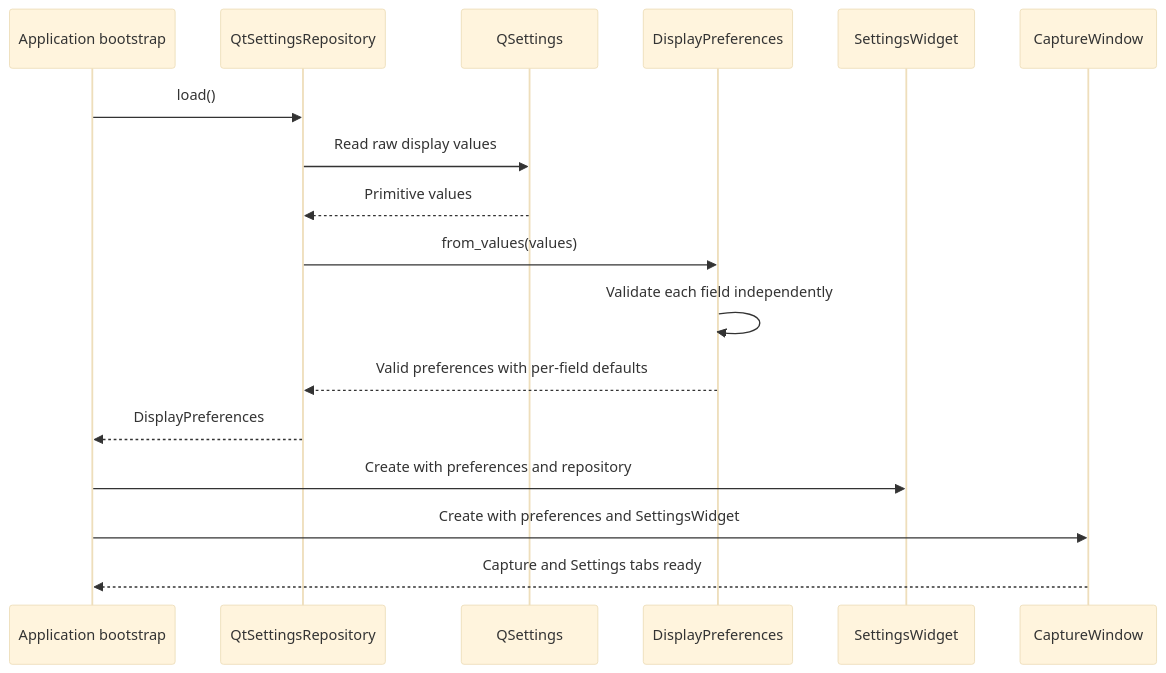
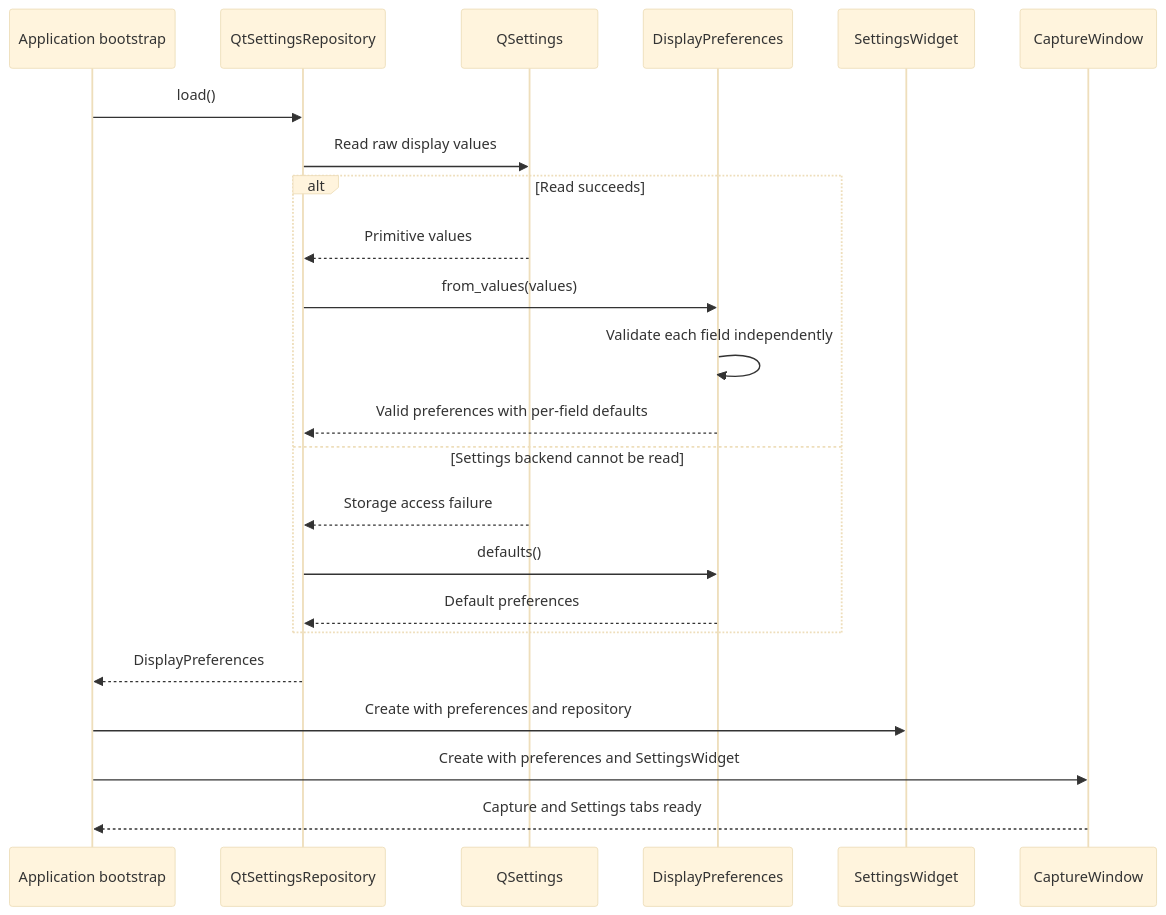
Before and after one commit to benoit-bremaud/can-sniffer: the diagram in docs/architecture/diagrams/display-settings/02b-sequence-load-preferences.md, drawn with Mermaid (base theme). The commit also changed other lines of this file and 2 other files, not shown here.

Commit message:
docs(settings): address PR 28 review feedback
Reverse the SettingsWidget dependency, define storage read recovery, and align validation terminology.

````diff
--- a/docs/architecture/diagrams/display-settings/02b-sequence-load-preferences.md
+++ b/docs/architecture/diagrams/display-settings/02b-sequence-load-preferences.md
@@ -13,20 +13,26 @@
 ```mermaid
 sequenceDiagram
     participant Bootstrap as Application bootstrap
     participant Store as QtSettingsRepository
     participant Settings as QSettings
     participant Preferences as DisplayPreferences
     participant SettingsTab as SettingsWidget
     participant Window as CaptureWindow
 
     Bootstrap->>Store: load()
     Store->>Settings: Read raw display values
-    Settings-->>Store: Primitive values
-    Store->>Preferences: from_values(values)
-    Preferences->>Preferences: Validate each field independently
-    Preferences-->>Store: Valid preferences with per-field defaults
+    alt Read succeeds
+        Settings-->>Store: Primitive values
+        Store->>Preferences: from_values(values)
+        Preferences->>Preferences: Validate each field independently
+        Preferences-->>Store: Valid preferences with per-field defaults
+    else Settings backend cannot be read
+        Settings-->>Store: Storage access failure
+        Store->>Preferences: defaults()
+        Preferences-->>Store: Default preferences
+    end
     Store-->>Bootstrap: DisplayPreferences
     Bootstrap->>SettingsTab: Create with preferences and repository
     Bootstrap->>Window: Create with preferences and SettingsWidget
     Window-->>Bootstrap: Capture and Settings tabs ready
 ```
````
